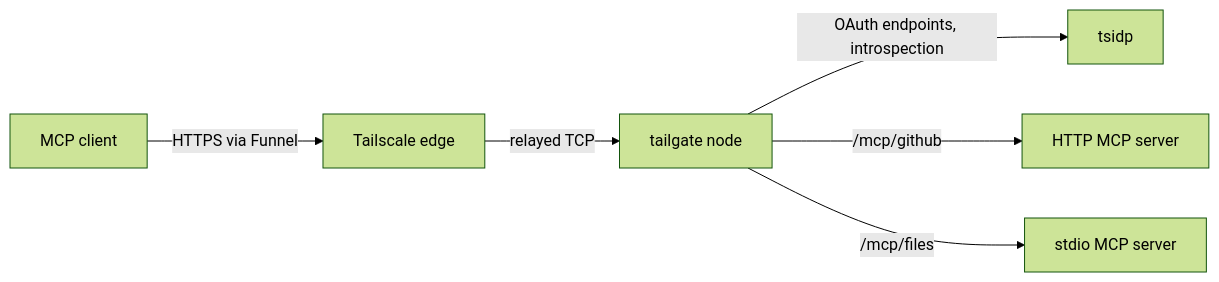
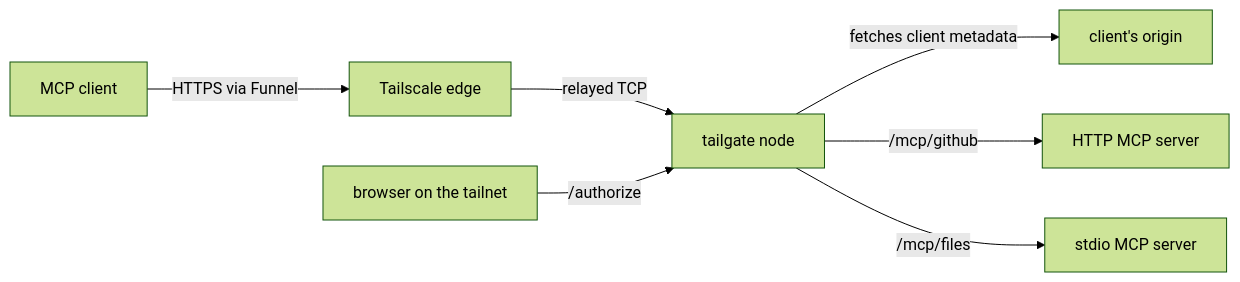
Before and after one commit to bendrucker/tailgate: the diagram in README.md, drawn with Mermaid (forest theme). The commit also changed other lines of this file and 19 other files, not shown here.

````diff
--- a/README.md
+++ b/README.md
@@ -11,8 +11,9 @@
 ```mermaid
 flowchart LR
   client[MCP client] -->|HTTPS via Funnel| edge[Tailscale edge]
   edge -->|relayed TCP| tg[tailgate node]
-  tg -->|OAuth endpoints, introspection| idp[tsidp]
+  person[browser on the tailnet] -->|/authorize| tg
+  tg -->|fetches client metadata| origin[client's origin]
   tg -->|/mcp/github| u1[HTTP MCP server]
   tg -->|/mcp/files| u2[stdio MCP server]
 ```
````
